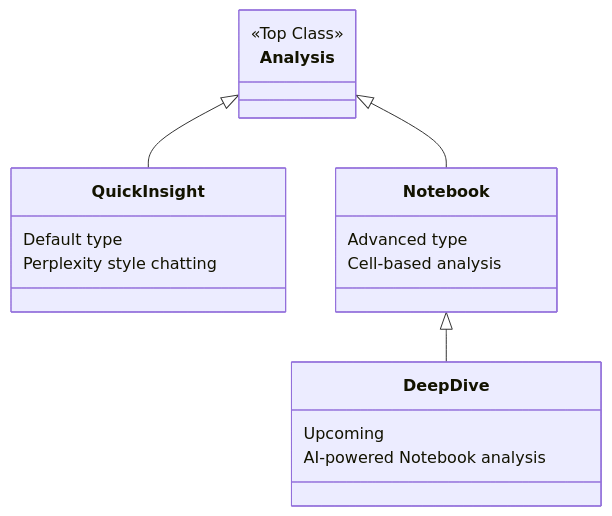
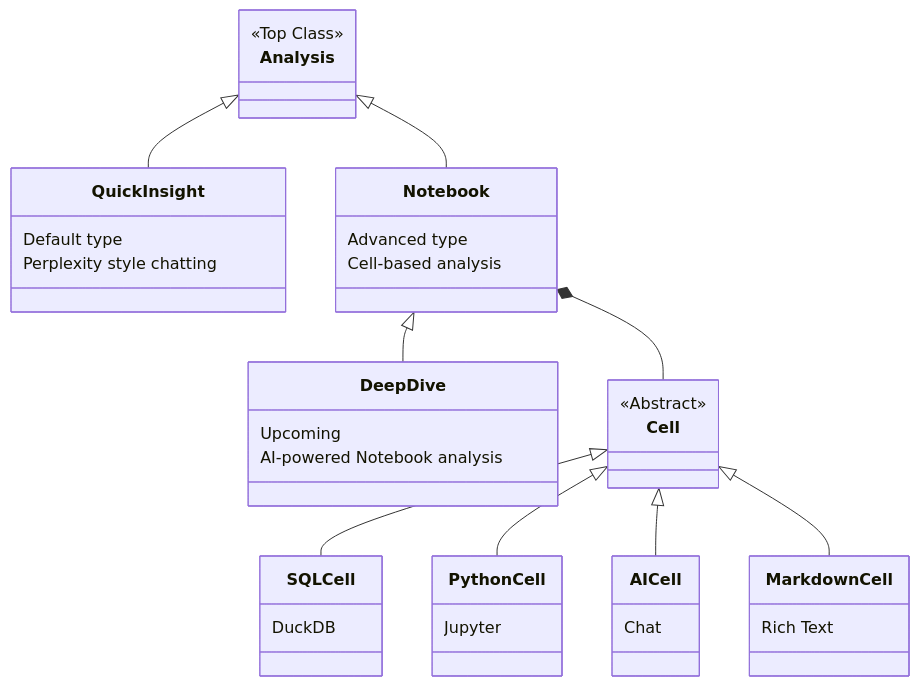
Before and after one commit to 852-Lab/jimwurst: the diagram in src/ravioli/frontend/src/components/analysis/README.md, drawn with Mermaid.

Commit message:
docs: update class diagram in analysis README to include Cell structures and subtypes

````diff
--- a/src/ravioli/frontend/src/components/analysis/README.md
+++ b/src/ravioli/frontend/src/components/analysis/README.md
@@ -7,22 +7,42 @@
 ```mermaid
 classDiagram
     Analysis <|-- QuickInsight
     Analysis <|-- Notebook
     Notebook <|-- DeepDive
+    Notebook *-- Cell
+    Cell <|-- SQLCell
+    Cell <|-- PythonCell
+    Cell <|-- AICell
+    Cell <|-- MarkdownCell
 
     class Analysis {
         <<Top Class>>
     }
     class QuickInsight {
         Default type
         Perplexity style chatting
     }
     class Notebook {
         Advanced type
         Cell-based analysis
     }
     class DeepDive {
         Upcoming
         AI-powered Notebook analysis
     }
+    class Cell {
+        <<Abstract>>
+    }
+    class SQLCell {
+        DuckDB
+    }
+    class PythonCell {
+        Jupyter
+    }
+    class AICell {
+        Chat
+    }
+    class MarkdownCell {
+        Rich Text
+    }
 ```
````
